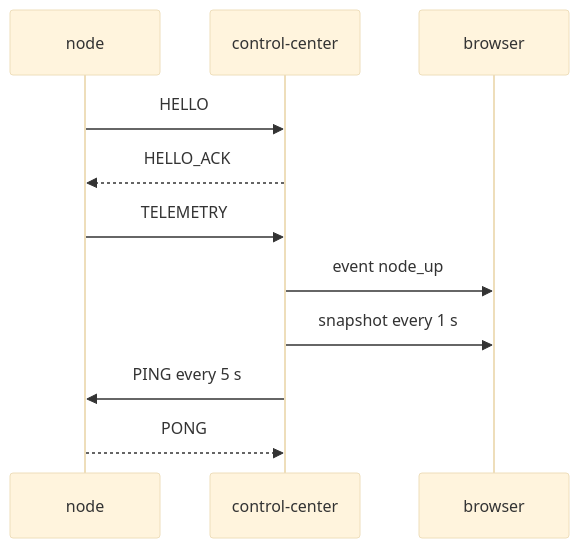
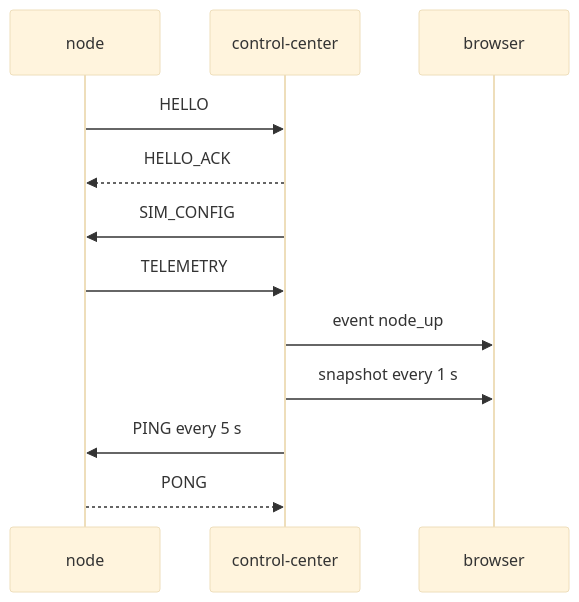
Before and after one commit to Aditya-Jyoti/swarm-communication: the fifth of 6 diagrams in docs/architecture/control-center.md, drawn with Mermaid (base theme). The commit also changed other lines of this file, not shown here.

Commit message:
docs(architecture): sim API, snapshot fields and killed state in the control center

````diff
--- a/docs/architecture/control-center.md
+++ b/docs/architecture/control-center.md
@@ -72,13 +125,14 @@
 ```mermaid
 sequenceDiagram
     participant N as node
     participant CC as control-center
     participant B as browser
     N->>CC: HELLO
     CC-->>N: HELLO_ACK
+    CC->>N: SIM_CONFIG
     N->>CC: TELEMETRY
     CC->>B: event node_up
     CC->>B: snapshot every 1 s
     CC->>N: PING every 5 s
     N-->>CC: PONG
 ```
````
